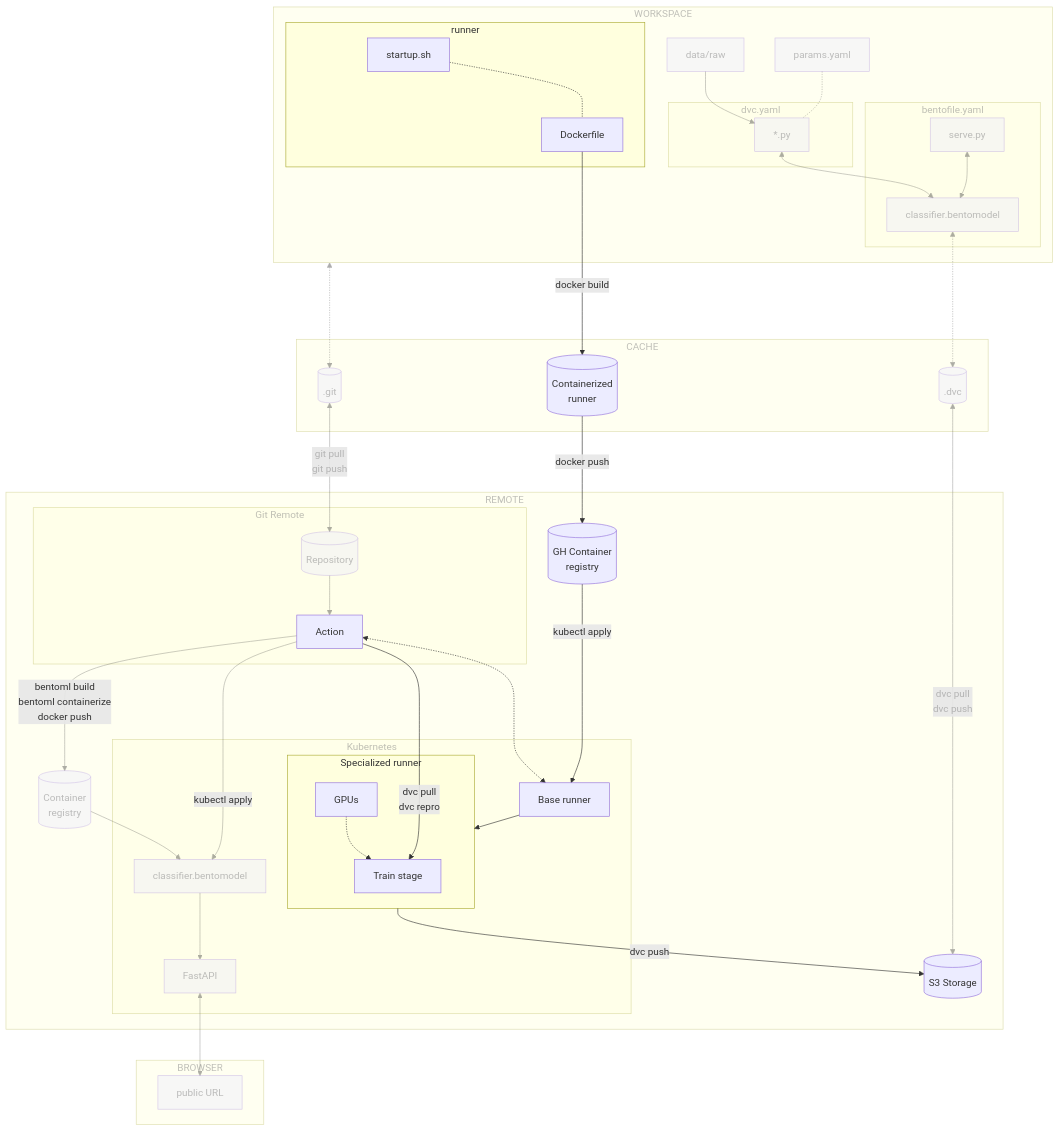
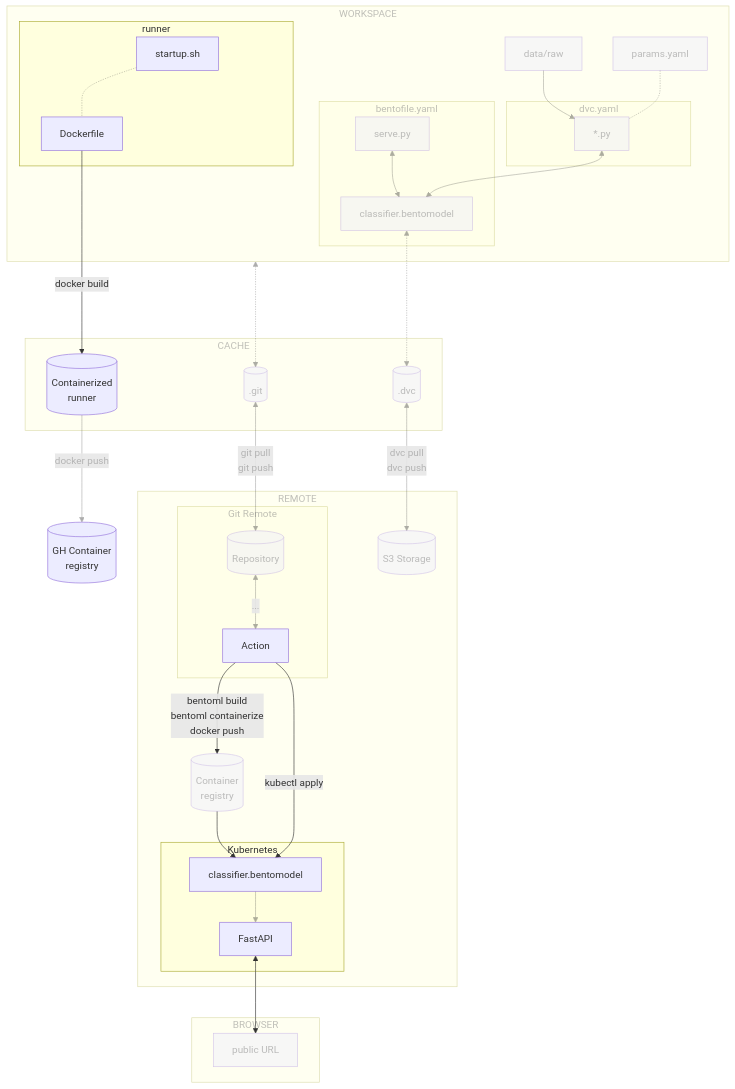
Before and after one commit to swiss-ai-center/a-guide-to-mlops: the diagram in docs/part-3-serve-and-deploy-the-model/chapter-17-use-a-self-hosted-cicd-pipeline.md, drawn with Mermaid. The commit also changed other lines of this file and 1 other file, not shown here.

````diff
--- a/docs/part-3-serve-and-deploy-the-model/chapter-17-use-a-self-hosted-cicd-pipeline.md
+++ b/docs/part-3-serve-and-deploy-the-model/chapter-17-use-a-self-hosted-cicd-pipeline.md
@@ -31,18 +32,19 @@
 ```mermaid
-graph TB
+flowchart TB
     dot_dvc[(.dvc)] <-->|dvc pull
                          dvc push| s3_storage[(S3 Storage)]
     dot_git[(.git)] <-->|git pull
                          git push| repository[(Repository)]
     workspaceGraph <-....-> dot_git
     runner_artifact -->|docker push| registry_docker[(GH Container
-                                                    registry)]
+                                                      registry)]
     data[data/raw]
+
     subgraph cacheGraph[CACHE]
         dot_dvc
         dot_git
         runner_artifact[(Containerized
-                        runner)]
+                         runner)]
     end
 
     subgraph workspaceGraph[WORKSPACE]
@@ -53,6 +55,7 @@
         params[params.yaml] -.- code
         code <--> bento_model[classifier.bentomodel]
         subgraph bentoGraph[bentofile.yaml]
+            bento_model
             serve[serve.py] <--> bento_model
         end
         bento_model <-.-> dot_dvc
@@ -63,35 +66,20 @@
     end
 
     subgraph remoteGraph[REMOTE]
-        registry_docker[(GH Container
-                  registry)]
         s3_storage
         subgraph gitGraph[Git Remote]
-            repository --> action[Action]
+            repository <--> |...|action[Action]
         end
         registry[(Container
                   registry)]
         action --> |bentoml build
                     bentoml containerize
                     docker push|registry
-
         subgraph clusterGraph[Kubernetes]
-            base_runner[Base runner]
             bento_service_cluster[classifier.bentomodel] --> k8s_fastapi[FastAPI]
-            subgraph specialized_runner[Specialized runner]
-                pod_train[Train stage]
-                k8s_gpu[GPUs] -.-> pod_train
-            end
         end
-        action <-.-> base_runner
-        registry_docker --> |kubectl apply|base_runner
         registry --> bento_service_cluster
-        specialized_runner --> |dvc push|s3_storage
         action --> |kubectl apply|bento_service_cluster
-
-        base_runner --> specialized_runner
-        action --> |dvc pull
-                    dvc repro|pod_train
     end
 
     subgraph browserGraph[BROWSER]
@@ -109,28 +97,23 @@
     style serve opacity:0.4,color:#7f7f7f80
     style bento_model opacity:0.4,color:#7f7f7f80
     style params opacity:0.4,color:#7f7f7f80
+    style s3_storage opacity:0.4,color:#7f7f7f80
     style remoteGraph opacity:0.4,color:#7f7f7f80
     style gitGraph opacity:0.4,color:#7f7f7f80
     style repository opacity:0.4,color:#7f7f7f80
-    style bento_service_cluster opacity:0.4,color:#7f7f7f80
     style registry opacity:0.4,color:#7f7f7f80
-    style clusterGraph opacity:0.4,color:#7f7f7f80
-    style k8s_fastapi opacity:0.4,color:#7f7f7f80
     style browserGraph opacity:0.4,color:#7f7f7f80
     style publicURL opacity:0.4,color:#7f7f7f80
     linkStyle 0 opacity:0.4,color:#7f7f7f80
     linkStyle 1 opacity:0.4,color:#7f7f7f80
     linkStyle 2 opacity:0.4,color:#7f7f7f80
-
+    linkStyle 3 opacity:0.4,color:#7f7f7f80
     linkStyle 4 opacity:0.4,color:#7f7f7f80
     linkStyle 5 opacity:0.4,color:#7f7f7f80
     linkStyle 6 opacity:0.4,color:#7f7f7f80
     linkStyle 7 opacity:0.4,color:#7f7f7f80
     linkStyle 8 opacity:0.4,color:#7f7f7f80
-    linkStyle 11 opacity:0.4,color:#7f7f7f8
-    linkStyle 12 opacity:0.4,color:#7f7f7f8
-    linkStyle 13 opacity:0.4,color:#7f7f7f8
-    linkStyle 17 opacity:0.4,color:#7f7f7f8
-    linkStyle 19 opacity:0.4,color:#7f7f7f8
-    linkStyle 22 opacity:0.4,color:#7f7f7f8
+    linkStyle 9 opacity:0.4,color:#7f7f7f80
+    linkStyle 11 opacity:0.4,color:#7f7f7f80
+    linkStyle 13 opacity:0.4,color:#7f7f7f80
 ```
````
